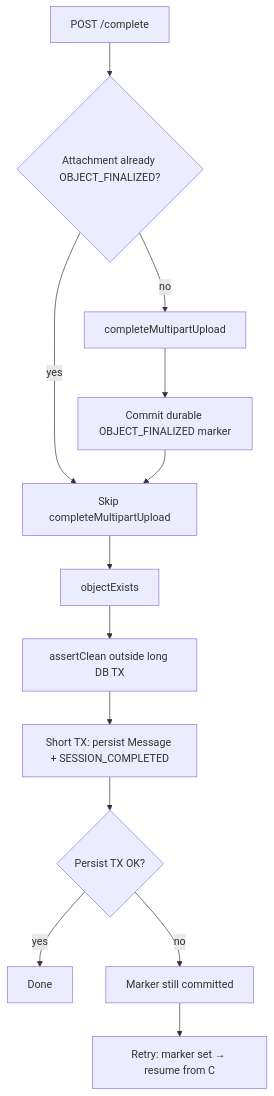
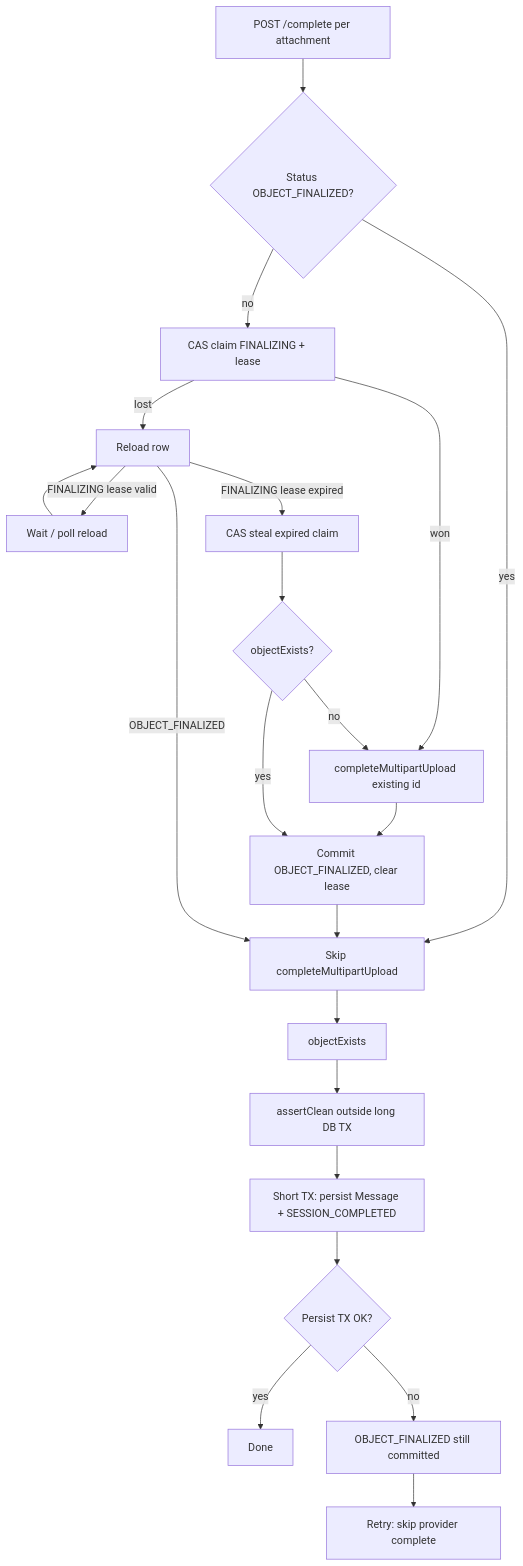
The second of 2 diagrams in docs/32_MEDIA_MULTIPART_COMPLETE_COMPENSATION.md (anhtuta/chat-app), drawn with Mermaid before and after one commit. The commit also changed other lines of this file, not shown here.

Commit message:
F-32 Fix: Reserve the attachment before provider completion #18

````diff
--- a/docs/32_MEDIA_MULTIPART_COMPLETE_COMPENSATION.md
+++ b/docs/32_MEDIA_MULTIPART_COMPLETE_COMPENSATION.md
@@ -129,15 +133,24 @@
 ```mermaid
 flowchart TD
-  A[POST /complete] --> B{Attachment already OBJECT_FINALIZED?}
+  A[POST /complete per attachment] --> B{Status OBJECT_FINALIZED?}
   B -->|yes| C[Skip completeMultipartUpload]
-  B -->|no| D[completeMultipartUpload]
-  D --> E[Commit durable OBJECT_FINALIZED marker]
-  E --> C
-  C --> F[objectExists]
-  F --> S[assertClean outside long DB TX]
-  S --> G[Short TX: persist Message + SESSION_COMPLETED]
-  G --> H{Persist TX OK?}
-  H -->|yes| I[Done]
-  H -->|no| J[Marker still committed]
-  J --> K[Retry: marker set → resume from C]
+  B -->|no| D["CAS claim FINALIZING + lease"]
+  D -->|won| E[completeMultipartUpload existing id]
+  E --> F[Commit OBJECT_FINALIZED, clear lease]
+  F --> C
+  D -->|lost| G[Reload row]
+  G -->|OBJECT_FINALIZED| C
+  G -->|FINALIZING lease valid| H[Wait / poll reload]
+  H --> G
+  G -->|FINALIZING lease expired| I[CAS steal expired claim]
+  I --> J{objectExists?}
+  J -->|yes| F
+  J -->|no| E
+  C --> K[objectExists]
+  K --> S[assertClean outside long DB TX]
+  S --> L[Short TX: persist Message + SESSION_COMPLETED]
+  L --> M{Persist TX OK?}
+  M -->|yes| N[Done]
+  M -->|no| O[OBJECT_FINALIZED still committed]
+  O --> P[Retry: skip provider complete]
 ```
````
